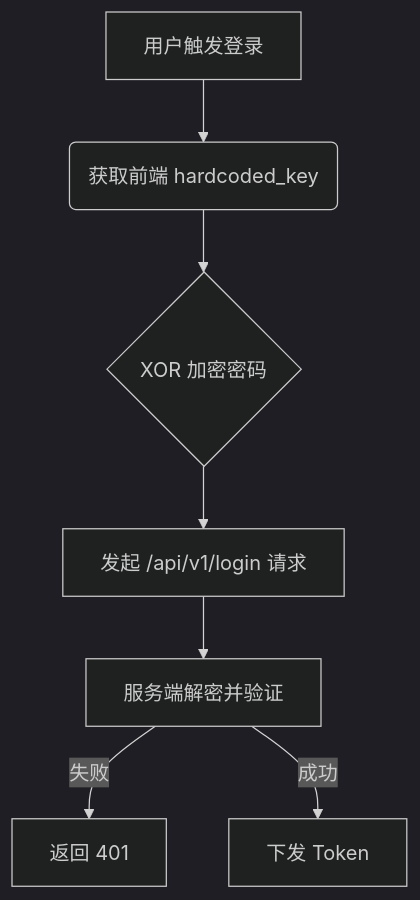
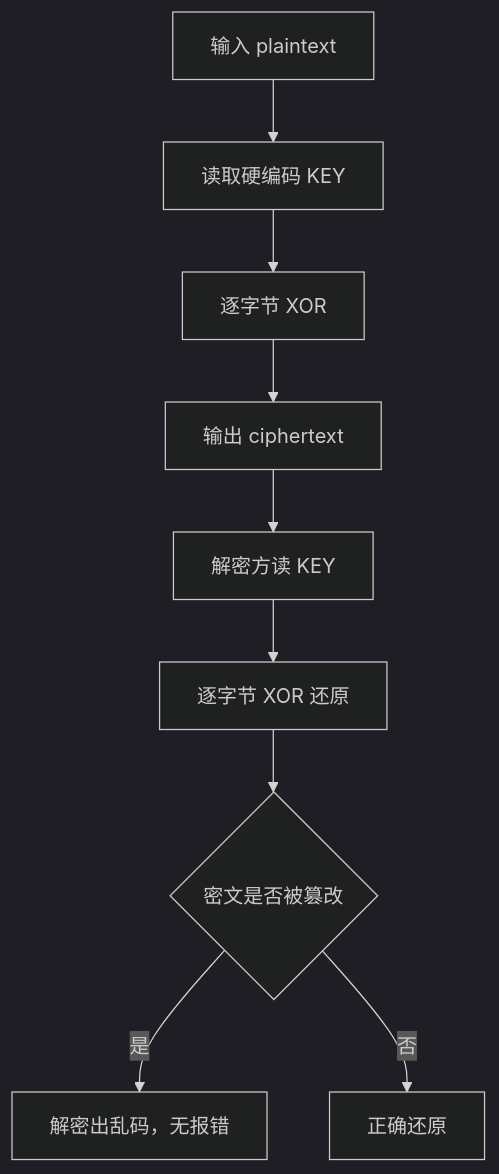
The diagram in examples/audit_report.md (Trace520/ultimate-security-audit), drawn with Mermaid (dark theme) before and after one commit. The commit also changed other lines of this file and 2 other files, not shown here.

````diff
--- a/examples/audit_report.md
+++ b/examples/audit_report.md
@@ -7,9 +15,11 @@
 ```mermaid
 flowchart TD
-    A[用户触发登录] --> B(获取前端 hardcoded_key)
-    B --> C{XOR 加密密码}
-    C --> D[发起 /api/v1/login 请求]
-    D --> E[服务端解密并验证]
-    E -->|失败| F[返回 401]
-    E -->|成功| G[下发 Token]
+    A[输入 plaintext] --> B[读取硬编码 KEY]
+    B --> C[逐字节 XOR]
+    C --> D[输出 ciphertext]
+    D --> E[解密方读 KEY]
+    E --> F[逐字节 XOR 还原]
+    F --> G{密文是否被篡改}
+    G -->|是| H[解密出乱码，无报错]
+    G -->|否| I[正确还原]
 ```
````
